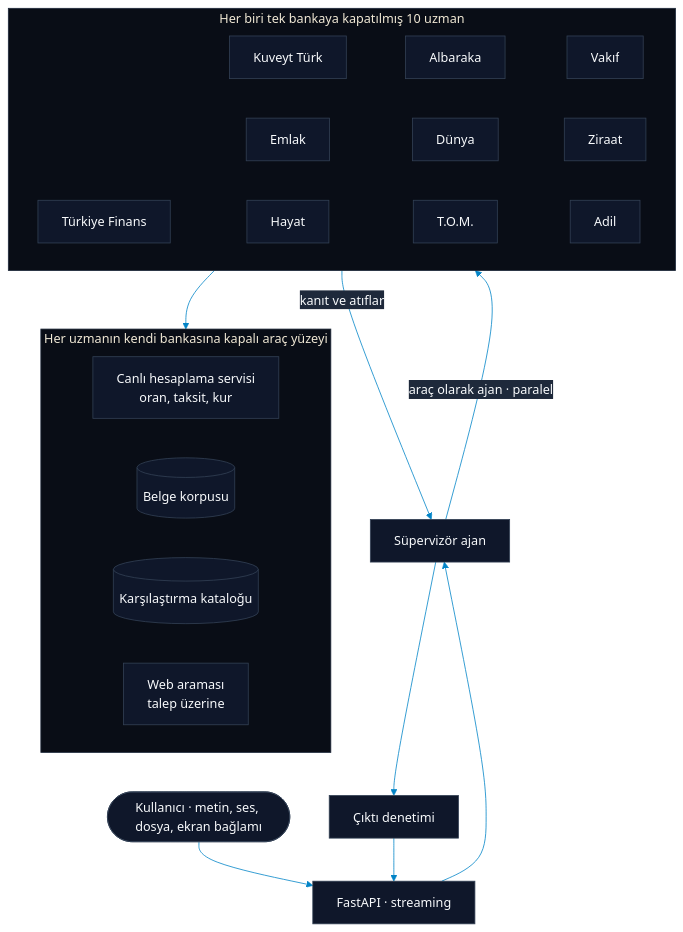
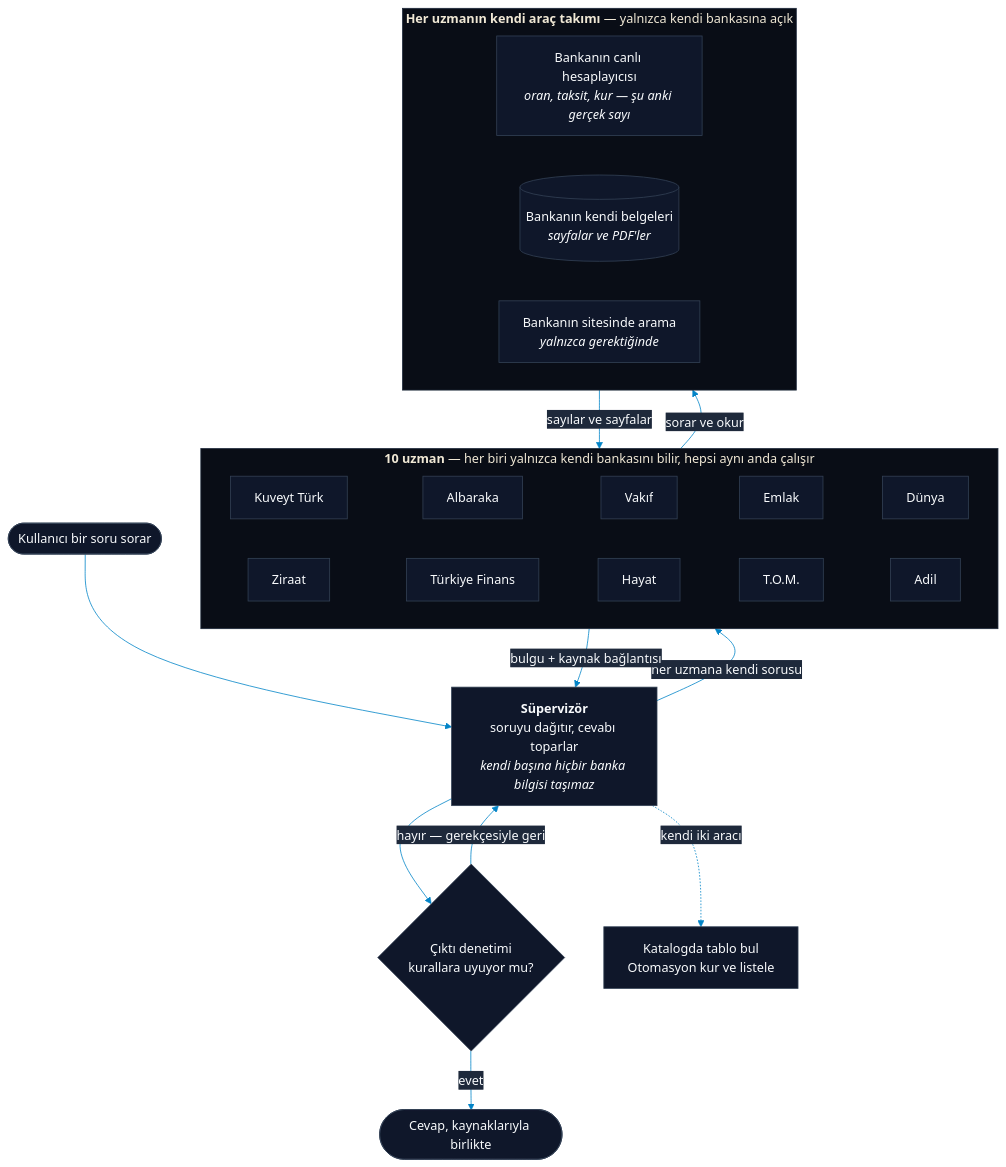
Before and after one commit to Abdurrahman-Wahdan/TEKNOFEST2026-Yapay-Zeka-Dil-Ajanlari-Yarismasi-KERMITS: the fifth of 18 diagrams in README.md, drawn with Mermaid. The commit also changed other lines of this file and 14 other files, not shown here.

````diff
--- a/README.md
+++ b/README.md
@@ -283,28 +285,32 @@
 ```mermaid
 %%{init: {'theme':'base','themeVariables':{'primaryColor':'#0f172a','primaryTextColor':'#f8fafc','primaryBorderColor':'#334155','lineColor':'#0284c7','secondaryColor':'#1e293b','tertiaryColor':'#0f172a','clusterBkg':'#090d16','clusterBorder':'#1e293b'}}}%%
-flowchart TD
-    U([Kullanıcı · metin, ses, dosya, ekran bağlamı]) --> API["FastAPI · streaming"]
-    API --> SUP["Süpervizör ajan"]
+flowchart TB
+    U(["Kullanıcı bir soru sorar"])
+    SUP["<b>Süpervizör</b><br/>soruyu dağıtır, cevabı toparlar<br/><i>kendi başına hiçbir banka bilgisi taşımaz</i>"]
 
-    subgraph SPEC["Her biri tek bankaya kapatılmış 10 uzman"]
+    U --> SUP
+
+    subgraph SPEC["<b>10 uzman</b> — her biri yalnızca kendi bankasını bilir, hepsi aynı anda çalışır"]
         direction LR
-        S1["Kuveyt Türk"] ~~~ S2["Albaraka"] ~~~ S3["Vakıf"]
-        S4["Emlak"] ~~~ S5["Dünya"] ~~~ S6["Ziraat"]
-        S7["Türkiye Finans"] ~~~ S8["Hayat"] ~~~ S9["T.O.M."] ~~~ S10["Adil"]
+        S1["Kuveyt Türk"] ~~~ S2["Albaraka"] ~~~ S3["Vakıf"] ~~~ S4["Emlak"] ~~~ S5["Dünya"]
+        S6["Ziraat"] ~~~ S7["Türkiye Finans"] ~~~ S8["Hayat"] ~~~ S9["T.O.M."] ~~~ S10["Adil"]
     end
 
-    SUP -->|araç olarak ajan · paralel| SPEC
-
-    subgraph TOOLS["Her uzmanın kendi bankasına kapalı araç yüzeyi"]
+    subgraph TOOLS["<b>Her uzmanın kendi araç takımı</b> — yalnızca kendi bankasına açık"]
         direction LR
-        T1["Canlı hesaplama servisi<br/>oran, taksit, kur"]
-        T2[("Belge korpusu")]
-        T3[("Karşılaştırma kataloğu")]
-        T4["Web araması<br/>talep üzerine"]
+        T1["Bankanın canlı hesaplayıcısı<br/><i>oran, taksit, kur — şu anki gerçek sayı</i>"]
+        T2[("Bankanın kendi belgeleri<br/><i>sayfalar ve PDF'ler</i>")]
+        T3["Bankanın sitesinde arama<br/><i>yalnızca gerektiğinde</i>"]
     end
 
-    SPEC --> TOOLS
-    SPEC -->|kanıt ve atıflar| SUP
-    SUP --> G["Çıktı denetimi"]
-    G --> API
+    SUP -->|"her uzmana kendi sorusu"| SPEC
+    SPEC -->|"sorar ve okur"| TOOLS
+    TOOLS -->|"sayılar ve sayfalar"| SPEC
+    SPEC -->|"bulgu + kaynak bağlantısı"| SUP
+
+    SUP --> G{"Çıktı denetimi<br/>kurallara uyuyor mu?"}
+    G -->|"hayır — gerekçesiyle geri"| SUP
+    G -->|"evet"| OUT(["Cevap, kaynaklarıyla birlikte"])
+
+    SUP -.->|"kendi iki aracı"| SUPT["Katalogda tablo bul<br/>Otomasyon kur ve listele"]
 ```
````
